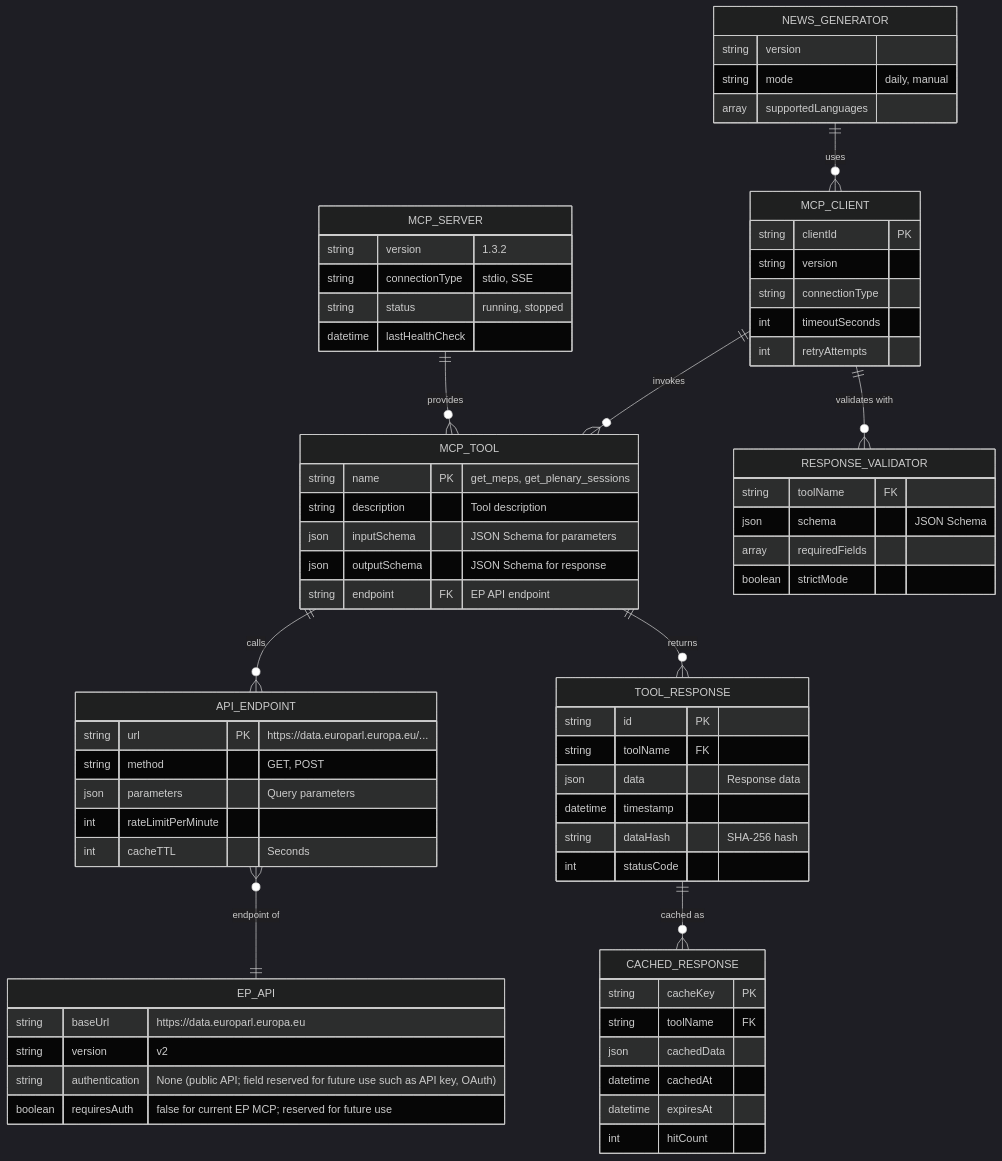
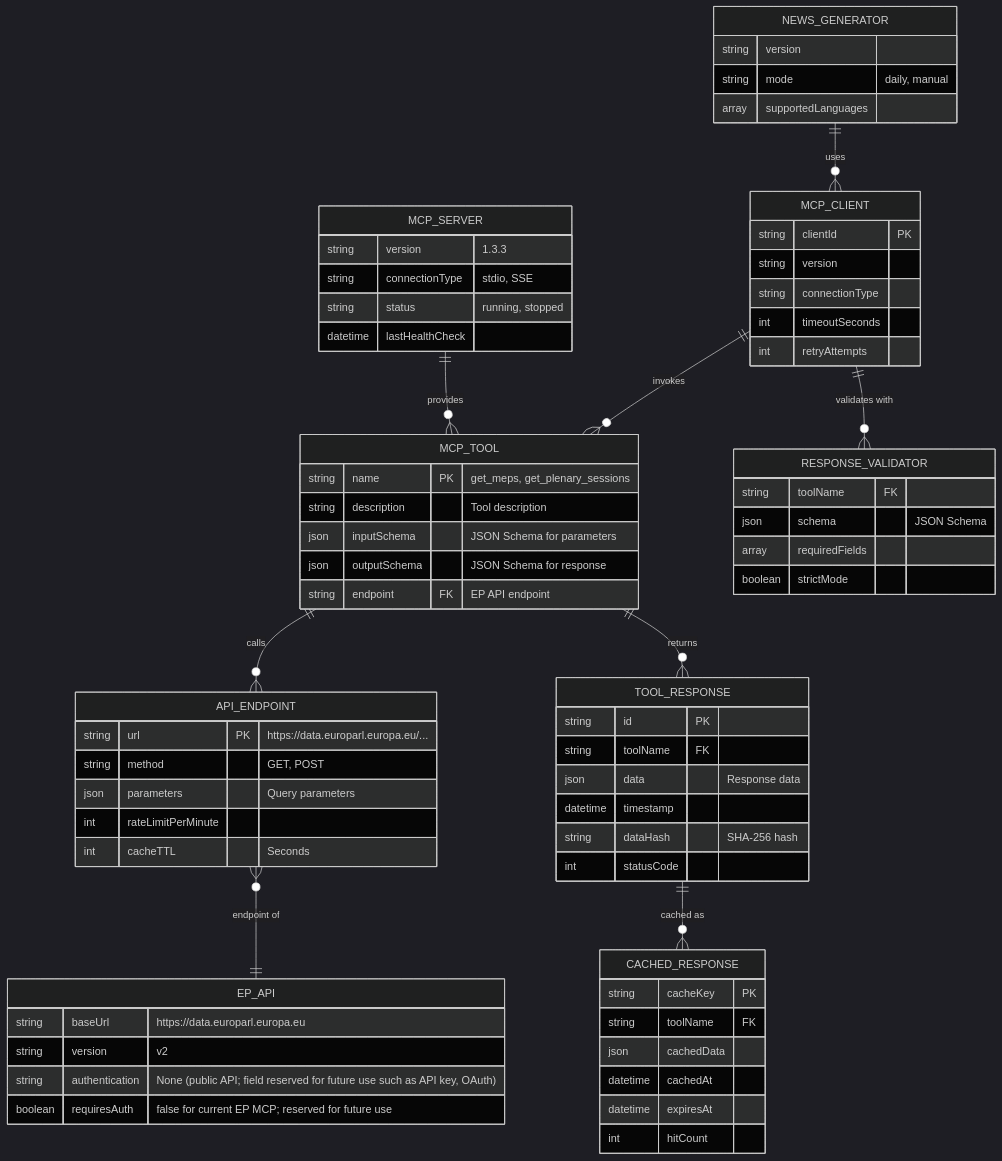
One commit to Hack23/euparliamentmonitor changed the third of 9 diagrams in DATA_MODEL.md. Above: the diagram before and after it, drawn with Mermaid (dark theme). The commit also changed other lines of this file and 100 other files, not shown here.

````diff
--- a/DATA_MODEL.md
+++ b/DATA_MODEL.md
@@ -974,81 +974,81 @@
 ```mermaid
 erDiagram
     MCP_SERVER ||--o{ MCP_TOOL : "provides"
     MCP_TOOL ||--o{ API_ENDPOINT : "calls"
     API_ENDPOINT }o--|| EP_API : "endpoint of"
     MCP_TOOL ||--o{ TOOL_RESPONSE : "returns"
     TOOL_RESPONSE ||--o{ CACHED_RESPONSE : "cached as"
 
     NEWS_GENERATOR ||--o{ MCP_CLIENT : "uses"
     MCP_CLIENT ||--o{ MCP_TOOL : "invokes"
     MCP_CLIENT ||--o{ RESPONSE_VALIDATOR : "validates with"
 
     MCP_SERVER {
-        string version "1.3.2"
+        string version "1.3.3"
         string connectionType "stdio, SSE"
         string status "running, stopped"
         datetime lastHealthCheck
     }
 
     MCP_TOOL {
         string name PK "get_meps, get_plenary_sessions"
         string description "Tool description"
         json inputSchema "JSON Schema for parameters"
         json outputSchema "JSON Schema for response"
         string endpoint FK "EP API endpoint"
     }
 
     API_ENDPOINT {
         string url PK "https://data.europarl.europa.eu/..."
         string method "GET, POST"
         json parameters "Query parameters"
         int rateLimitPerMinute
         int cacheTTL "Seconds"
     }
 
     EP_API {
         string baseUrl "https://data.europarl.europa.eu"
         string version "v2"
         string authentication "None (public API; field reserved for future use such as API key, OAuth)"
         boolean requiresAuth "false for current EP MCP; reserved for future use"
     }
 
     TOOL_RESPONSE {
         string id PK
         string toolName FK
         json data "Response data"
         datetime timestamp
         string dataHash "SHA-256 hash"
         int statusCode
     }
 
     CACHED_RESPONSE {
         string cacheKey PK
         string toolName FK
         json cachedData
         datetime cachedAt
         datetime expiresAt
         int hitCount
     }
 
     MCP_CLIENT {
         string clientId PK
         string version
         string connectionType
         int timeoutSeconds
         int retryAttempts
     }
 
     RESPONSE_VALIDATOR {
         string toolName FK
         json schema "JSON Schema"
         array requiredFields
         boolean strictMode
     }
 
     NEWS_GENERATOR {
         string version
         string mode "daily, manual"
         array supportedLanguages
     }
 ```
````
